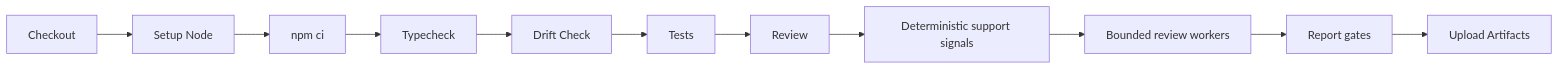
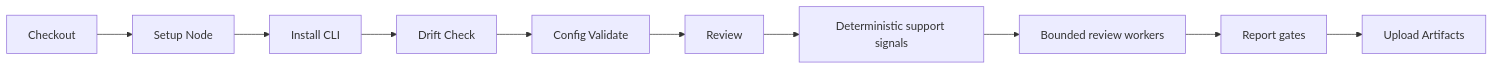
The diagram in docs/operations/ci-cd.md (sebastianwessel/codereviewer), drawn with Mermaid before and after one commit. The commit also changed other lines of this file and 13 other files, not shown here.

````diff
--- a/docs/operations/ci-cd.md
+++ b/docs/operations/ci-cd.md
@@ -11,13 +11,12 @@
 ```mermaid
 flowchart LR
   Checkout["Checkout"] --> Setup["Setup Node"]
-  Setup --> Install["npm ci"]
-  Install --> Typecheck["Typecheck"]
-  Typecheck --> Drift["Drift Check"]
-  Drift --> Test["Tests"]
-  Test --> Review["Review"]
+  Setup --> Install["Install CLI"]
+  Install --> Drift["Drift Check"]
+  Drift --> Validate["Config Validate"]
+  Validate --> Review["Review"]
   Review --> Signals["Deterministic support signals"]
   Signals --> Workers["Bounded review workers"]
   Workers --> Reports["Report gates"]
   Reports --> Artifacts["Upload Artifacts"]
 ```
````
